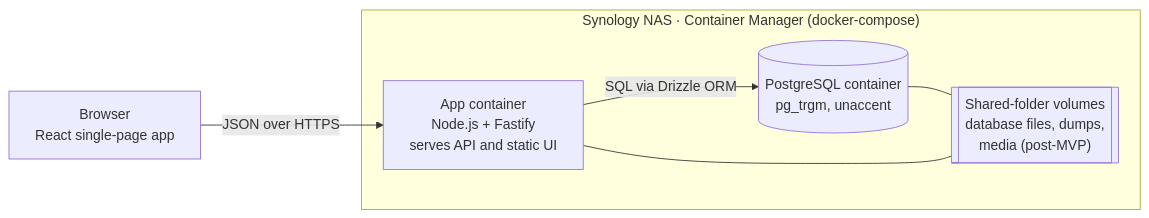
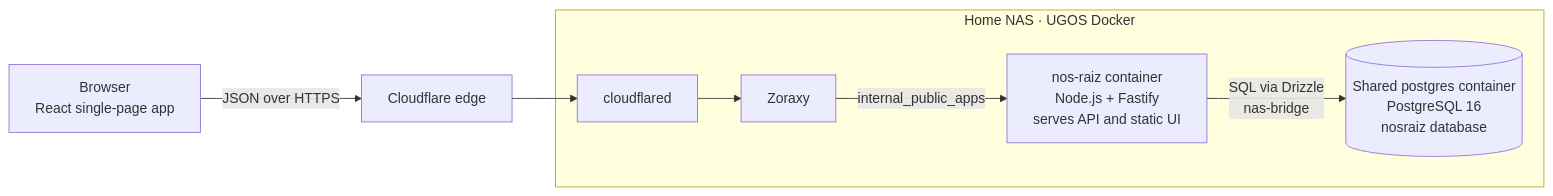
The second of 4 diagrams in docs/architecture/overview.md (Alfredo-Moreira/nos_raiz), drawn with Mermaid before and after one commit. The commit also changed other lines of this file and 26 other files, not shown here.

First line of the commit message:
docs: record architecture, access and hosting decisions

````diff
--- a/docs/architecture/overview.md
+++ b/docs/architecture/overview.md
@@ -25,15 +27,17 @@
 ```mermaid
 flowchart LR
     browser["Browser<br/>React single-page app"]
+    cf["Cloudflare edge"]
 
-    subgraph nas["Synology NAS · Container Manager (docker-compose)"]
-        api["App container<br/>Node.js + Fastify<br/>serves API and static UI"]
-        db[("PostgreSQL container<br/>pg_trgm, unaccent")]
-        vol[["Shared-folder volumes<br/>database files, dumps,<br/>media (post-MVP)"]]
+    subgraph nas["Home NAS · UGOS Docker"]
+        tunnel["cloudflared"]
+        zx["Zoraxy"]
+        api["nos-raiz container<br/>Node.js + Fastify<br/>serves API and static UI"]
+        db[("Shared postgres container<br/>PostgreSQL 16<br/>nosraiz database")]
     end
 
-    browser -- "JSON over HTTPS" --> api
-    api -- "SQL via Drizzle ORM" --> db
-    db --- vol
-    api --- vol
+    browser -- "JSON over HTTPS" --> cf
+    cf --> tunnel --> zx
+    zx -- "internal_public_apps" --> api
+    api -- "SQL via Drizzle<br/>nas-bridge" --> db
 ```
````
